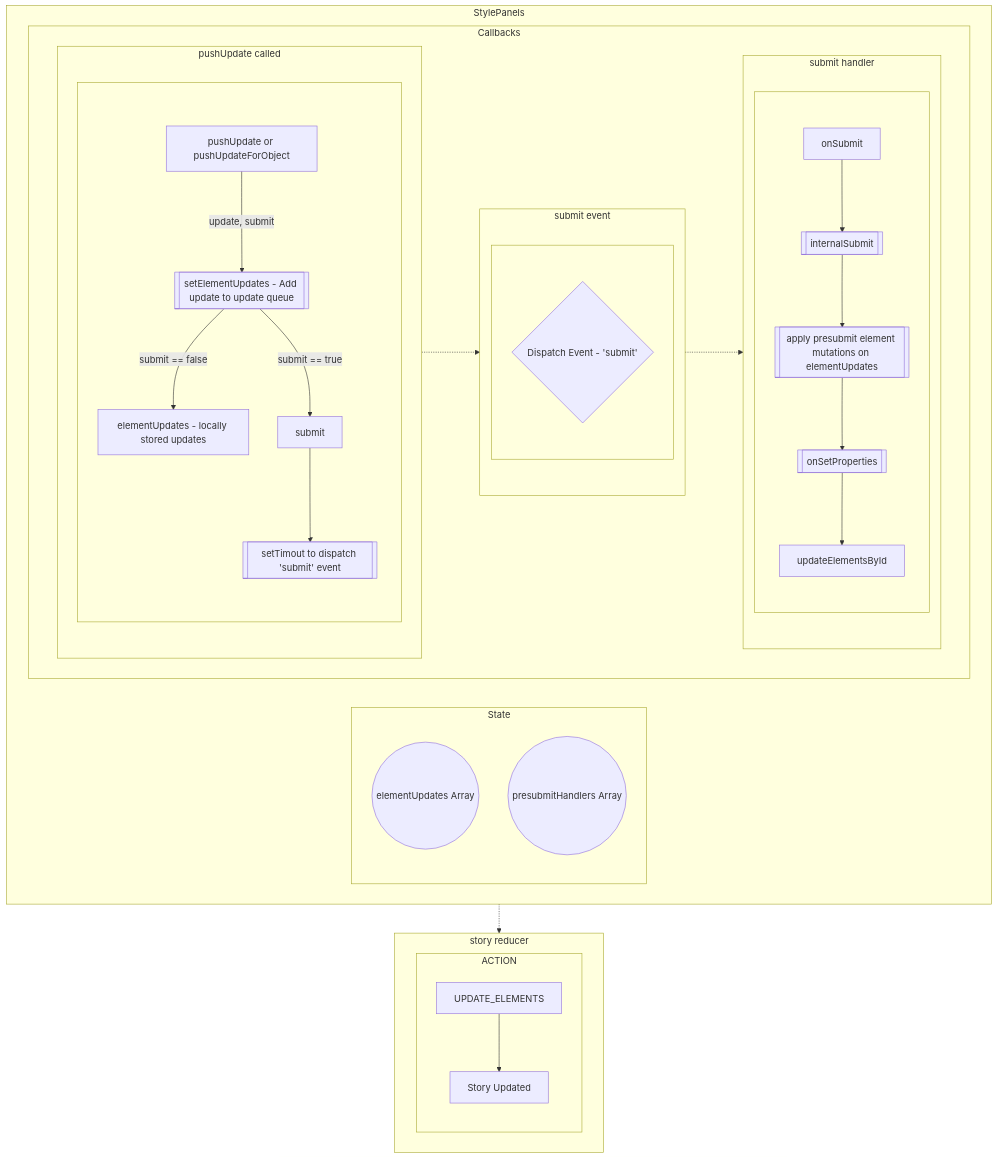
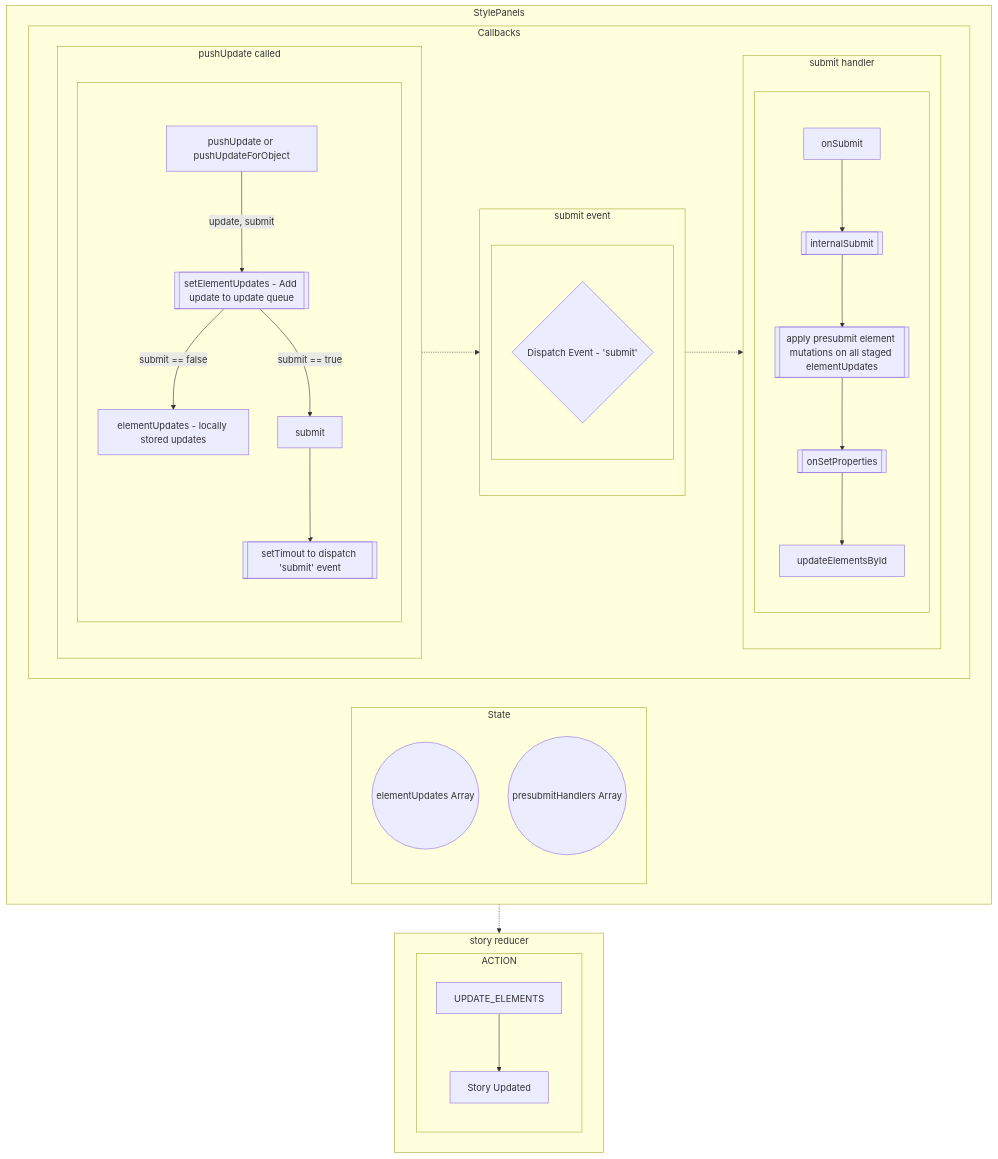
One commit to GoogleForCreators/web-stories-wp changed the diagram in docs/design-panel-push-update-flow.md. Above: the diagram before and after it, drawn with Mermaid. The commit also changed other lines of this file, not shown here.

````diff
--- a/docs/design-panel-push-update-flow.md
+++ b/docs/design-panel-push-update-flow.md
@@ -3,47 +3,47 @@
 ```mermaid
 flowchart TB
     subgraph story_reducer[story reducer]
         direction LR
         subgraph ACTION
             direction TB
             L[UPDATE_ELEMENTS] --> M[Story Updated]
         end
     end
     subgraph design_panels[StylePanels]
         subgraph design_panel_state[State]
             direction TB
             design_panel_state_el_updates((elementUpdates Array))
             design_panel_state_el_handlers((presubmitHandlers Array))
         end
         subgraph design_panel_callbacks[Callbacks]
             direction LR
             subgraph submit_handler[submit handler]
                 subgraph SUBMIT [ ]
                     direction TB
                     E[onSubmit] --> F[[internalSubmit]]
-                    F --> G[[apply presubmit element mutations on elementUpdates]]
+                    F --> G[[apply presubmit element mutations on all staged elementUpdates]]
                     G --> H[[onSetProperties]]
                     H --> I[updateElementsById]
                 end
             end
             subgraph submit_event[submit event]
                 subgraph DOM EVENT FIRED [ ]
                     direction TB
                     K{Dispatch Event - 'submit'}
                 end
             end
             subgraph push_update[pushUpdate called]
                 subgraph INPUT ONCHANGE[ ]
                     direction TB
                     A[pushUpdate or pushUpdateForObject] --> |update, submit| B[[setElementUpdates - Add update to update queue]]
                     B -->|submit == false| C[elementUpdates - locally stored updates]
                     B --> |submit == true| D[submit]
                     D --> J[[setTimout to dispatch 'submit' event]]
                 end
             end
         end
     end
        push_update .-> submit_event
        submit_event .-> submit_handler
        design_panels .-> story_reducer
 ```
````
